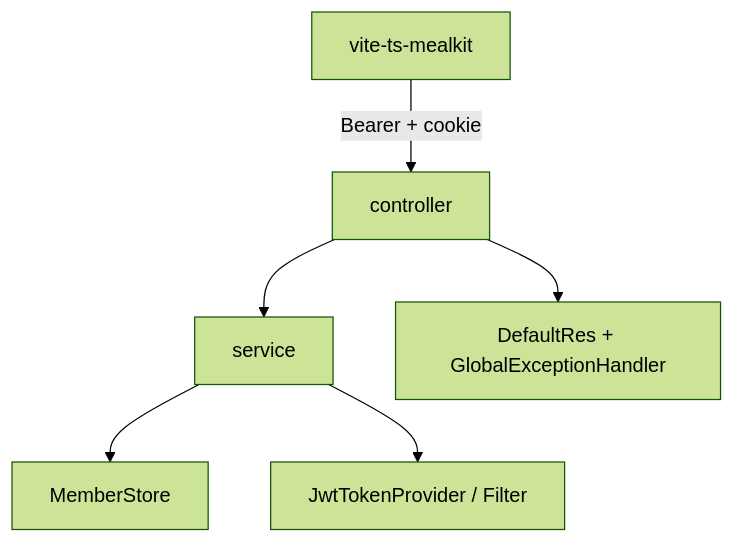
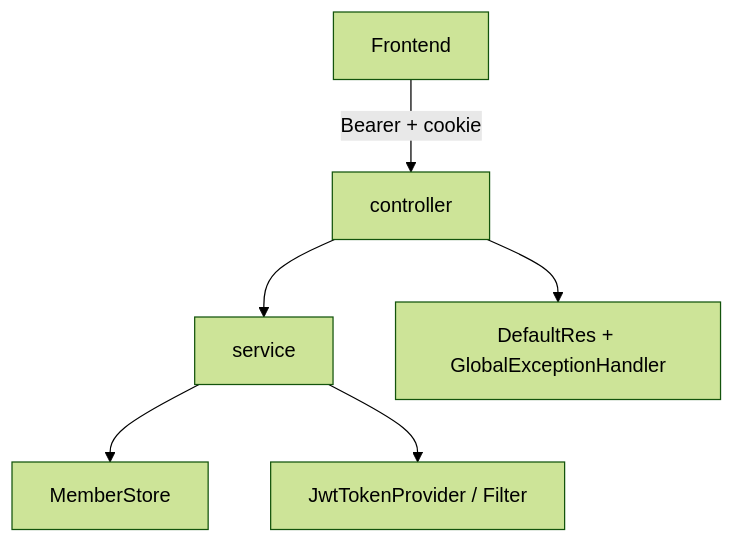
One commit to hesuhesu/spring-boot-mealkit changed the diagram in docs/ARCHITECTURE.md. Above: the diagram before and after it, drawn with Mermaid (forest theme). The commit also changed other lines of this file and 8 other files, not shown here.

````diff
--- a/docs/ARCHITECTURE.md
+++ b/docs/ARCHITECTURE.md
@@ -9,15 +9,15 @@
 ```mermaid
 flowchart TB
   C[controller]
   S[service]
   ST[MemberStore]
   J[JwtTokenProvider / Filter]
   R[DefaultRes + GlobalExceptionHandler]
-  FE[vite-ts-mealkit]
+  FE[Frontend]
 
   C --> S
   S --> ST
   S --> J
   C --> R
   FE -->|Bearer + cookie| C
 ```
````
